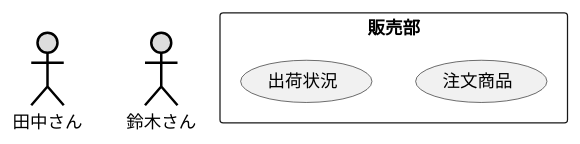
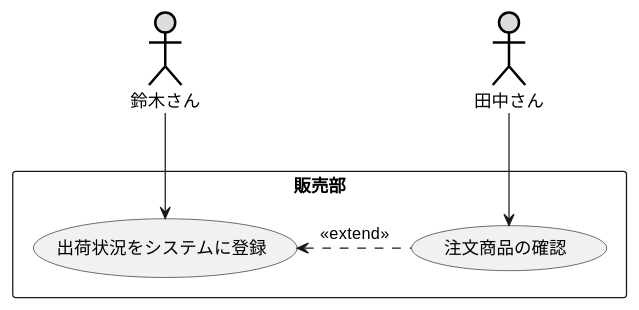
Before and after one commit to 05Uwa/uml-introduction: the diagram in 演習2-5_盛岡商事_販売管理システム.pu, drawn with PlantUML. The commit also changed 5 other files, not shown here.

```diff
--- a/演習2-5_盛岡商事_販売管理システム.pu
+++ b/演習2-5_盛岡商事_販売管理システム.pu
@@ -1,8 +1,11 @@
 @startuml 販売管理
+actor 鈴木さん #DDDDDD;line:black;line.bold;
 actor 田中さん #DDDDDD;line:black;line.bold;
-actor 鈴木さん #DDDDDD;line:black;line.bold;
     rectangle 販売部{
-        usecase 注文商品
-        usecase 出荷状況
+        usecase 出荷状況をシステムに登録
+        usecase 注文商品の確認
     }
+    田中さん --> 注文商品の確認
+    鈴木さん --> 出荷状況をシステムに登録
+    出荷状況をシステムに登録 <. 注文商品の確認 : <<extend>>
 @enduml
```
